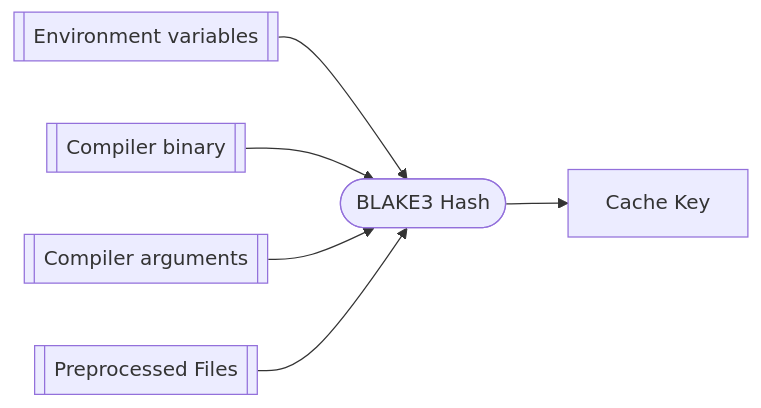
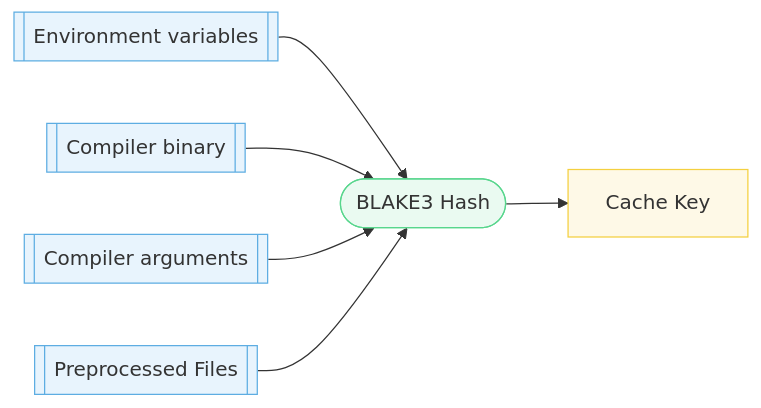
The third of 3 diagrams in docs/Architecture.md (mozilla/sccache), drawn with Mermaid before and after one commit. The commit also changed other lines of this file, not shown here.

First line of the commit message:
docs: rewrite Architecture.md with sequence diagrams and cache key docs

````diff
--- a/docs/Architecture.md
+++ b/docs/Architecture.md
@@ -89,8 +105,15 @@
 ```mermaid
   flowchart LR
       id1[[Environment variables]] --> hash
       id2[[Compiler binary]] --> hash
       id3[[Compiler arguments]] --> hash
       id5[[Preprocessed Files]] --> hash
       hash([BLAKE3 Hash]) --> key[Cache Key]
+
+      style id1 fill:#e8f4fd,stroke:#5dade2,color:#333
+      style id2 fill:#e8f4fd,stroke:#5dade2,color:#333
+      style id3 fill:#e8f4fd,stroke:#5dade2,color:#333
+      style id5 fill:#e8f4fd,stroke:#5dade2,color:#333
+      style hash fill:#eafaf1,stroke:#58d68d,color:#333
+      style key fill:#fef9e7,stroke:#f4d03f,color:#333
 ```
````
